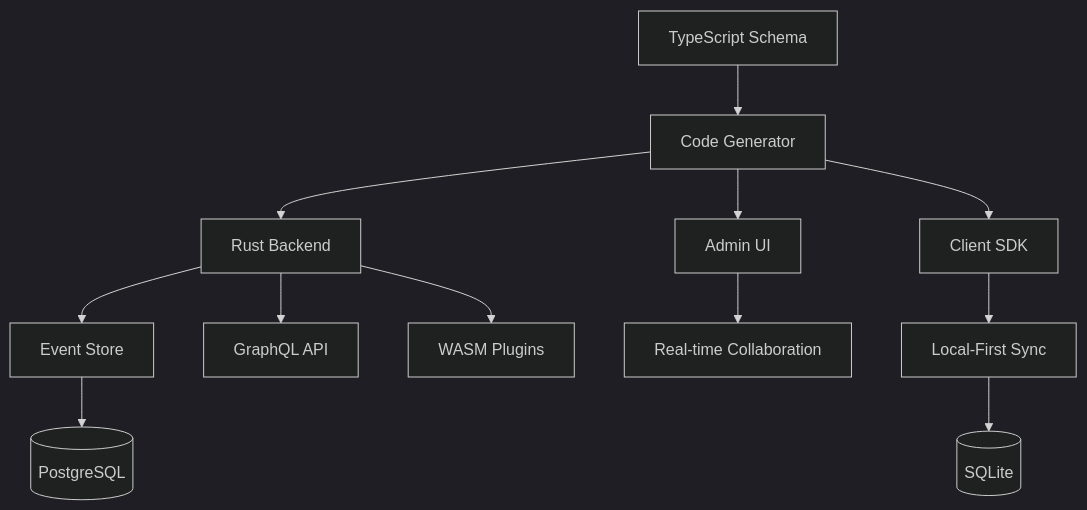
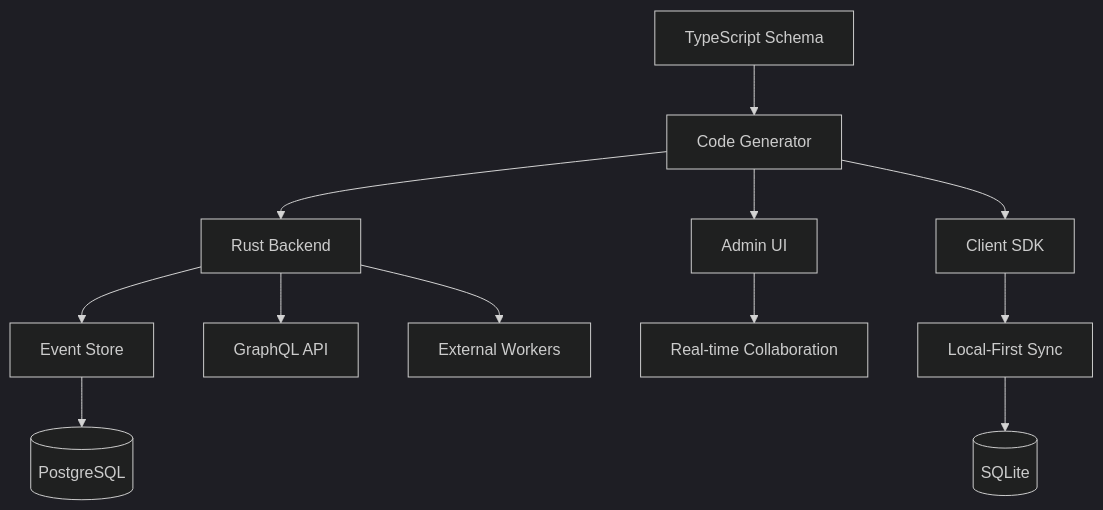
One commit to atomo-cc/atomo changed the diagram in docs/guide/introduction.md. Above: the diagram before and after it, drawn with Mermaid (dark theme). The commit also changed other lines of this file and 32 other files, not shown here.

First line of the commit message:
feat: implement Phase 1 action system and replace WASM docs with actions/workers

````diff
--- a/docs/guide/introduction.md
+++ b/docs/guide/introduction.md
@@ -81,17 +81,17 @@
 ```mermaid
 graph TB
     Schema[TypeScript Schema] --> Generator[Code Generator]
     Generator --> Backend[Rust Backend]
     Generator --> UI[Admin UI]
     Generator --> SDK[Client SDK]
     
     Backend --> EventStore[Event Store]
     Backend --> GraphQL[GraphQL API]
-    Backend --> Plugins[WASM Plugins]
+    Backend --> Plugins[External Workers]
     
     UI --> Collaboration[Real-time Collaboration]
     SDK --> Sync[Local-First Sync]
     
     EventStore --> Postgres[(PostgreSQL)]
     Sync --> SQLite[(SQLite)]
 ```
````
